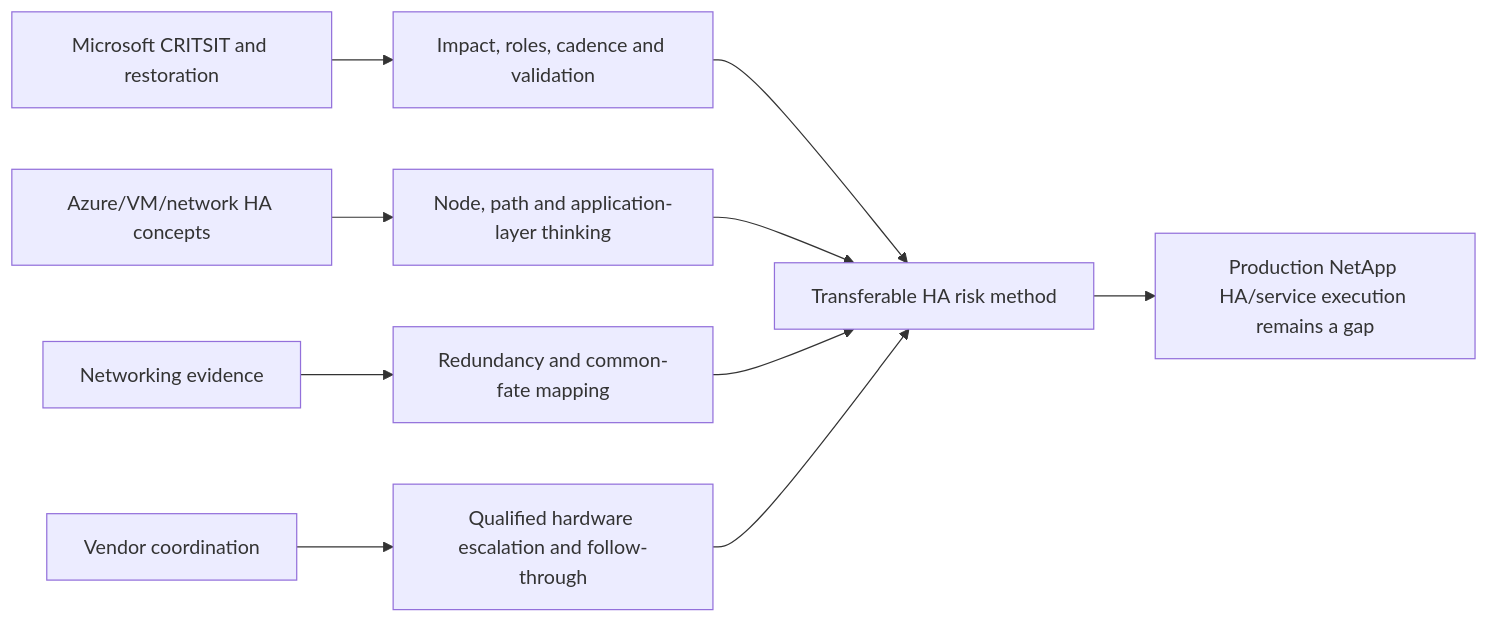
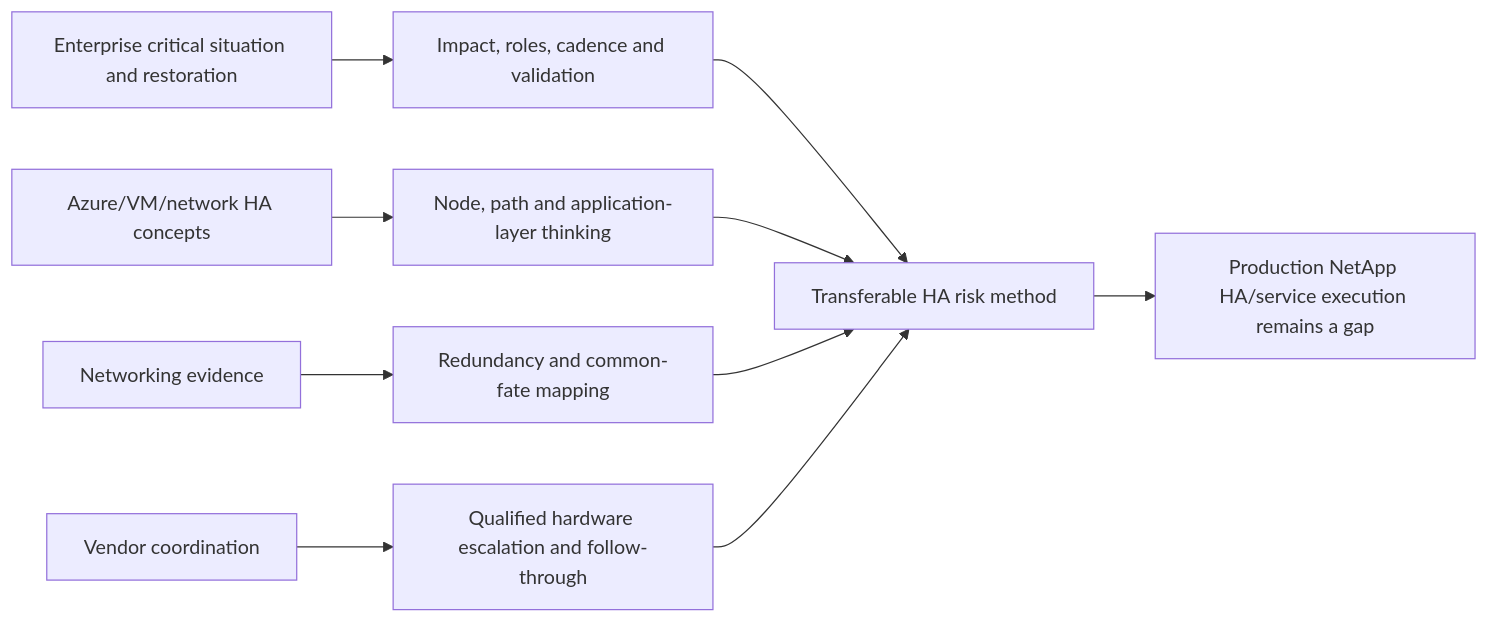
Diagram 22 of 23 in NetApp TAM/prep/Part-77-ha-cluster-hardware-scenarios.md (hichauhan-in/Interview-Prep), drawn with Mermaid before and after one commit. The commit also changed other lines of this file and 493 other files, not shown here.

````diff
--- a/NetApp TAM/prep/Part-77-ha-cluster-hardware-scenarios.md
+++ b/NetApp TAM/prep/Part-77-ha-cluster-hardware-scenarios.md
@@ -562,12 +562,12 @@
 ```mermaid
 flowchart LR
-    CRIT[Microsoft CRITSIT and restoration] --> CMD[Impact, roles, cadence and validation]
+    CRIT[Enterprise critical situation and restoration] --> CMD[Impact, roles, cadence and validation]
     AZ[Azure/VM/network HA concepts] --> LAYER[Node, path and application-layer thinking]
     NET[Networking evidence] --> PATH[Redundancy and common-fate mapping]
     VEND[Vendor coordination] --> FRU[Qualified hardware escalation and follow-through]
     CMD --> TRANS[Transferable HA risk method]
     LAYER --> TRANS
     PATH --> TRANS
     FRU --> TRANS
     TRANS --> GAP[Production NetApp HA/service execution remains a gap]
 ```
````
